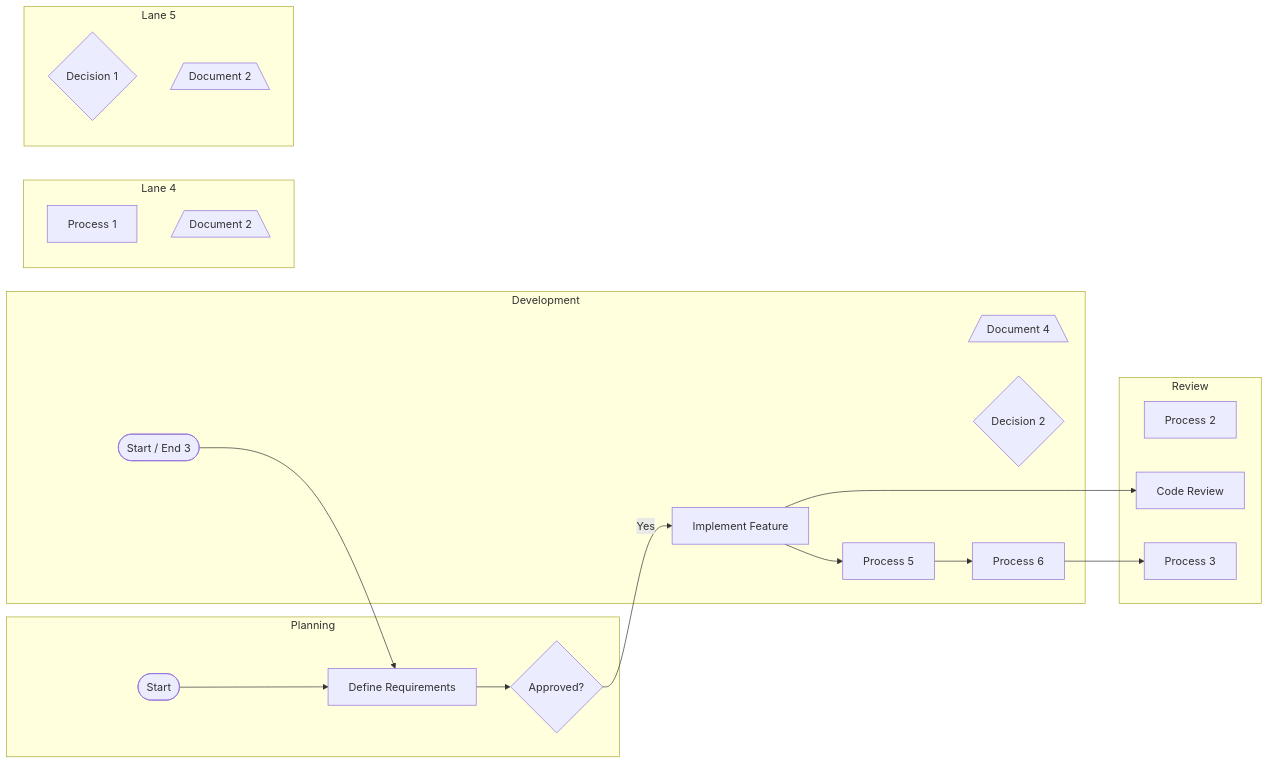
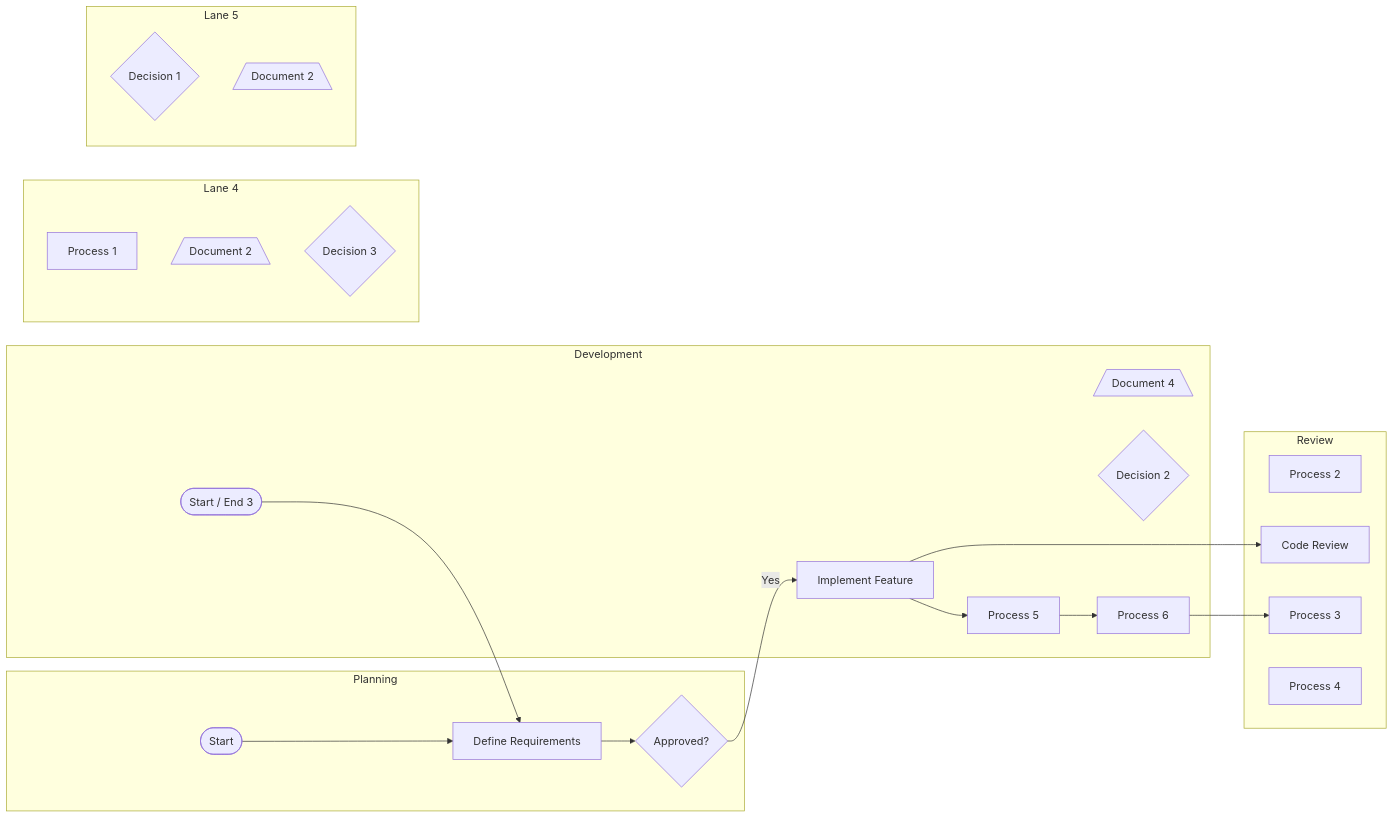
Before and after one commit to pingpm/mermaid_vault: the diagram in mmd/123_9b882ae4-c4df-432b-9e50-9fb05b2c95e5.mmd, drawn with Mermaid. The commit also changed 2 other files, not shown here.

Commit message:
Sync Mermaid Studio data (14 diagrams)

```diff
--- a/mmd/123_9b882ae4-c4df-432b-9e50-9fb05b2c95e5.mmd
+++ b/mmd/123_9b882ae4-c4df-432b-9e50-9fb05b2c95e5.mmd
@@ -1,35 +1,37 @@
 flowchart LR
   subgraph lane_0["Planning"]
     t_0{"Approved?"}
     t_1["Define Requirements"]
     t_2(["Start"])
   end
   subgraph lane_1["Development"]
     t_3[/"Document 4"\]
     t_4{"Decision 2"}
     t_5(["Start / End 3"])
     t_6["Process 5"]
     t_7["Process 6"]
     t_8["Implement Feature"]
   end
   subgraph lane_2["Review"]
     t_9["Process 2"]
     t_10["Code Review"]
     t_11["Process 3"]
+    t_12["Process 4"]
   end
   subgraph lane_3["Lane 4"]
-    t_12["Process 1"]
-    t_13[/"Document 2"\]
+    t_13["Process 1"]
+    t_14[/"Document 2"\]
+    t_15{"Decision 3"}
   end
   subgraph lane_4["Lane 5"]
-    t_14{"Decision 1"}
-    t_15[/"Document 2"\]
+    t_16{"Decision 1"}
+    t_17[/"Document 2"\]
   end
   t_0 -->|"Yes"| t_8
   t_8 --> t_10
   t_2 --> t_1
   t_1 --> t_0
   t_5 --> t_1
   t_8 --> t_6
   t_6 --> t_7
   t_7 --> t_11
```
